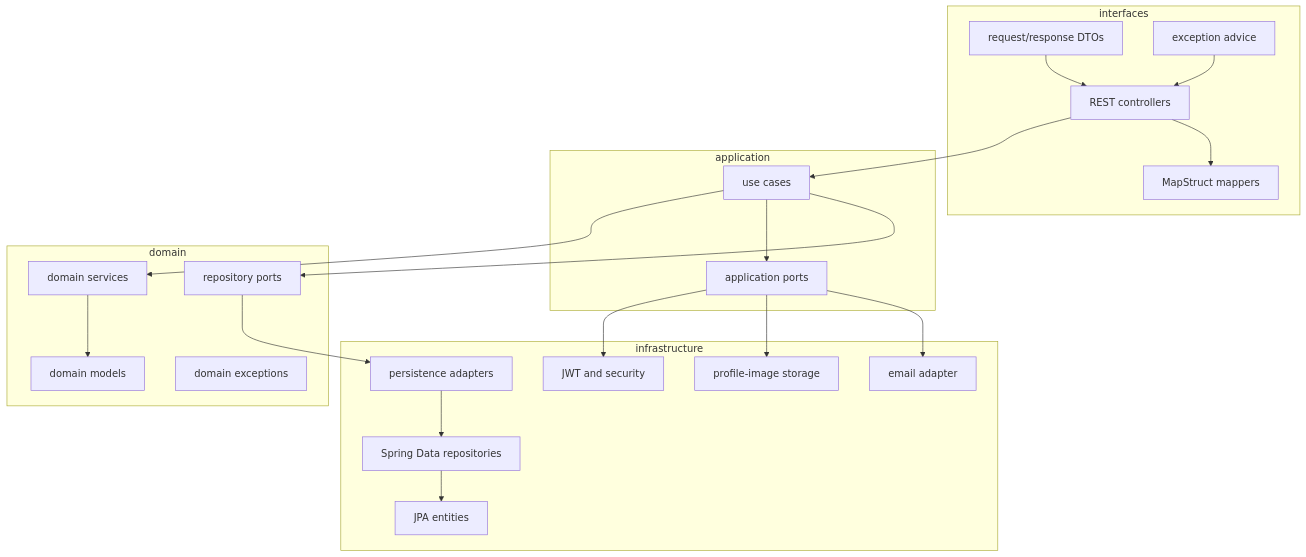
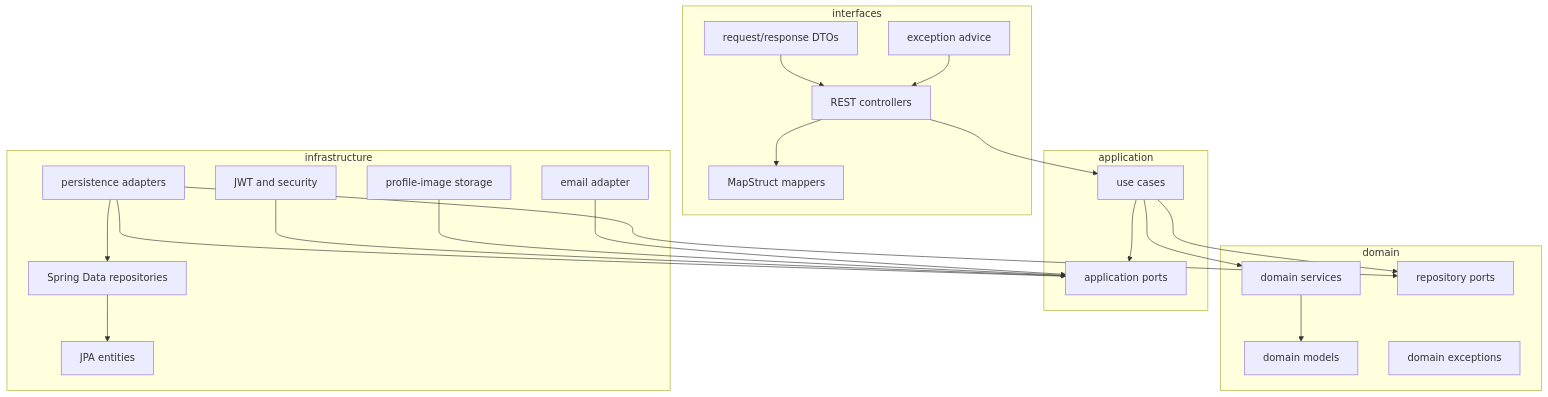
One commit to darklordemperor/Fullstack-job-seeker-clone changed the first of 4 diagrams in README.md. Above: the diagram before and after it, drawn with Mermaid. The commit also changed other lines of this file and 358 other files, not shown here.

````diff
--- a/README.md
+++ b/README.md
@@ -73,45 +76,46 @@
 ```mermaid
 flowchart TB
     subgraph Interfaces["interfaces"]
         Rest["REST controllers"]
         Dto["request/response DTOs"]
         Mapper["MapStruct mappers"]
         Advice["exception advice"]
     end
 
     subgraph Application["application"]
         UseCases["use cases"]
         AppPorts["application ports"]
     end
 
     subgraph Domain["domain"]
         Models["domain models"]
         DomainServices["domain services"]
         RepoPorts["repository ports"]
         Exceptions["domain exceptions"]
     end
 
     subgraph Infrastructure["infrastructure"]
         Entities["JPA entities"]
         JpaRepos["Spring Data repositories"]
         Adapters["persistence adapters"]
         Security["JWT and security"]
         Storage["profile-image storage"]
         Email["email adapter"]
     end
 
     Rest --> UseCases
     Dto --> Rest
     Rest --> Mapper
     Advice --> Rest
     UseCases --> DomainServices
     UseCases --> AppPorts
     UseCases --> RepoPorts
     DomainServices --> Models
-    RepoPorts --> Adapters
-    AppPorts --> Security
-    AppPorts --> Storage
-    AppPorts --> Email
+    Adapters --> RepoPorts
+    Adapters --> AppPorts
+    Security --> AppPorts
+    Storage --> AppPorts
+    Email --> AppPorts
     Adapters --> JpaRepos
     JpaRepos --> Entities
 ```
````
